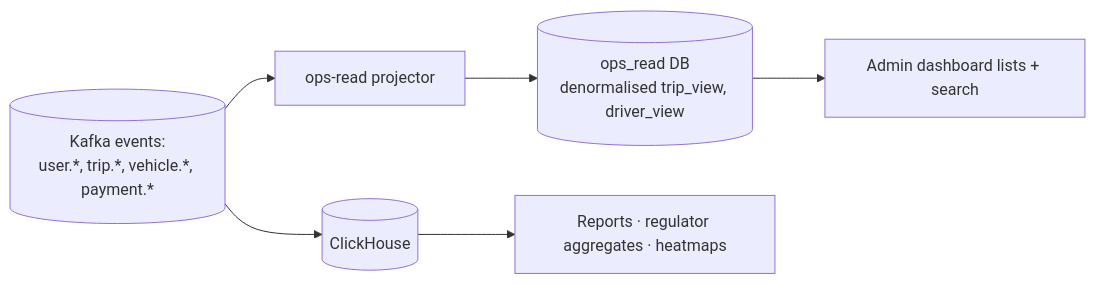
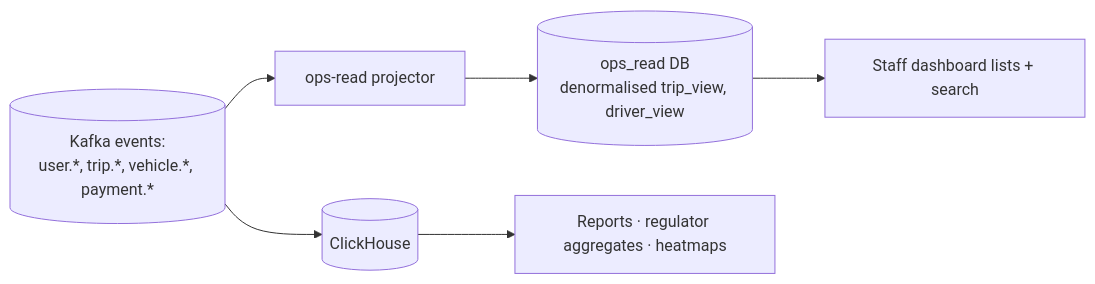
One commit to beab1212/Anbessa changed the eighth of 10 diagrams in docs/design/Database.md. Above: the diagram before and after it, drawn with Mermaid. The commit also changed other lines of this file and 36 other files, not shown here.

Commit message:
Refactor project structure to replace 'rider-app' with 'phone-app' and 'admin-dashboard' with 'web'. Update configurations, documentation, and workspace settings accordingly. Enhance README to reflect new app roles and functionalities, ensuring clarity on the phone and web app distinctions.

````diff
--- a/docs/design/Database.md
+++ b/docs/design/Database.md
@@ -758,8 +758,8 @@
 ```mermaid
 flowchart LR
   E[(Kafka events:<br/>user.*, trip.*, vehicle.*, payment.*)] --> P[ops-read projector]
   P --> RM[(ops_read DB<br/>denormalised trip_view, driver_view)]
-  RM --> AD[Admin dashboard lists + search]
+  RM --> AD[Staff dashboard lists + search]
   E --> CH[(ClickHouse)]
   CH --> BI[Reports · regulator aggregates · heatmaps]
 ```
````
